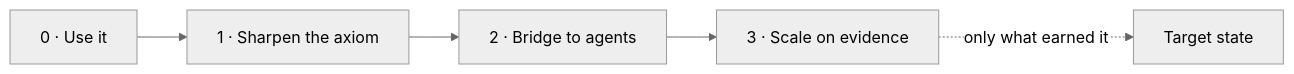
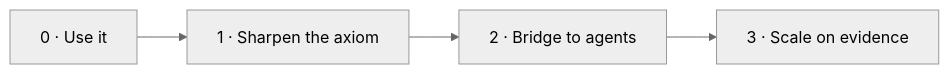
One commit to jvanheerikhuize/asdlc-meta-specs changed the diagram in ROADMAP.md. Above: the diagram before and after it, drawn with Mermaid (neutral theme). The commit also changed other lines of this file and 1 other file, not shown here.

Commit message:
docs: remove target_state references from README and ROADMAP

````diff
--- a/ROADMAP.md
+++ b/ROADMAP.md
@@ -34,7 +15,6 @@
 ```mermaid
 flowchart LR
     P0["0 · Use it"] --> P1["1 · Sharpen the axiom"]
     P1 --> P2["2 · Bridge to agents"]
     P2 --> P3["3 · Scale on evidence"]
-    P3 -.->|"only what earned it"| TS["Target state"]
 ```
````
